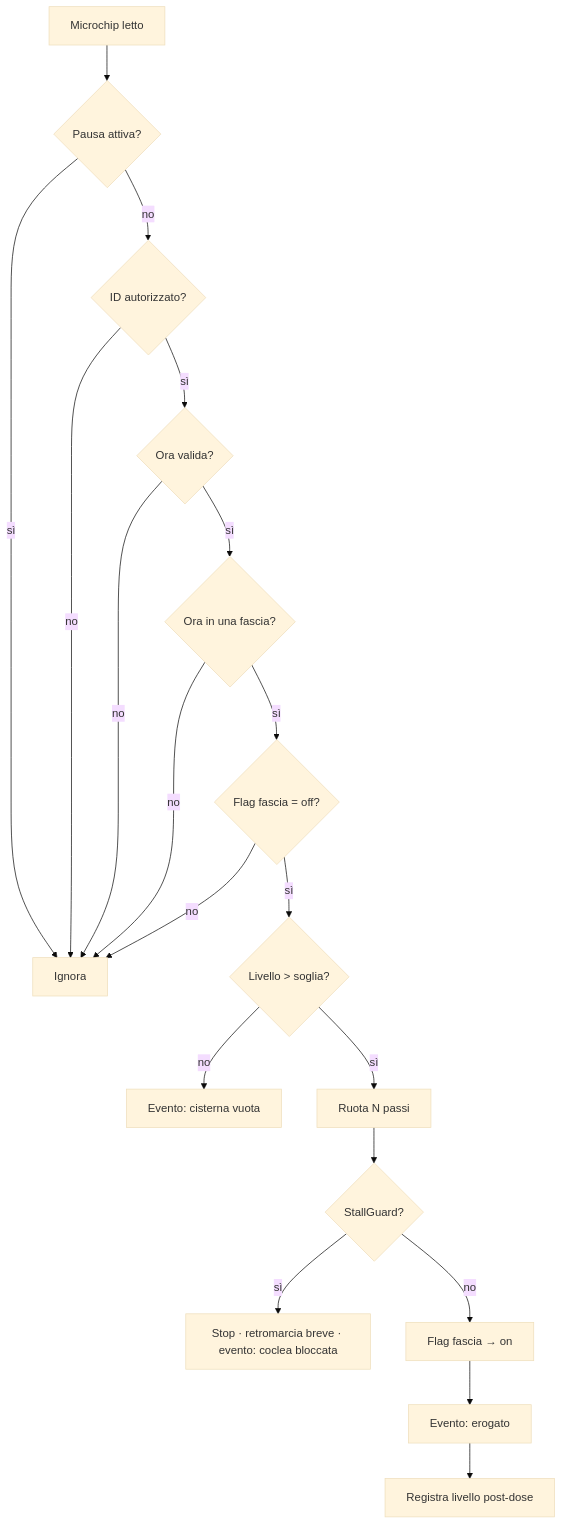
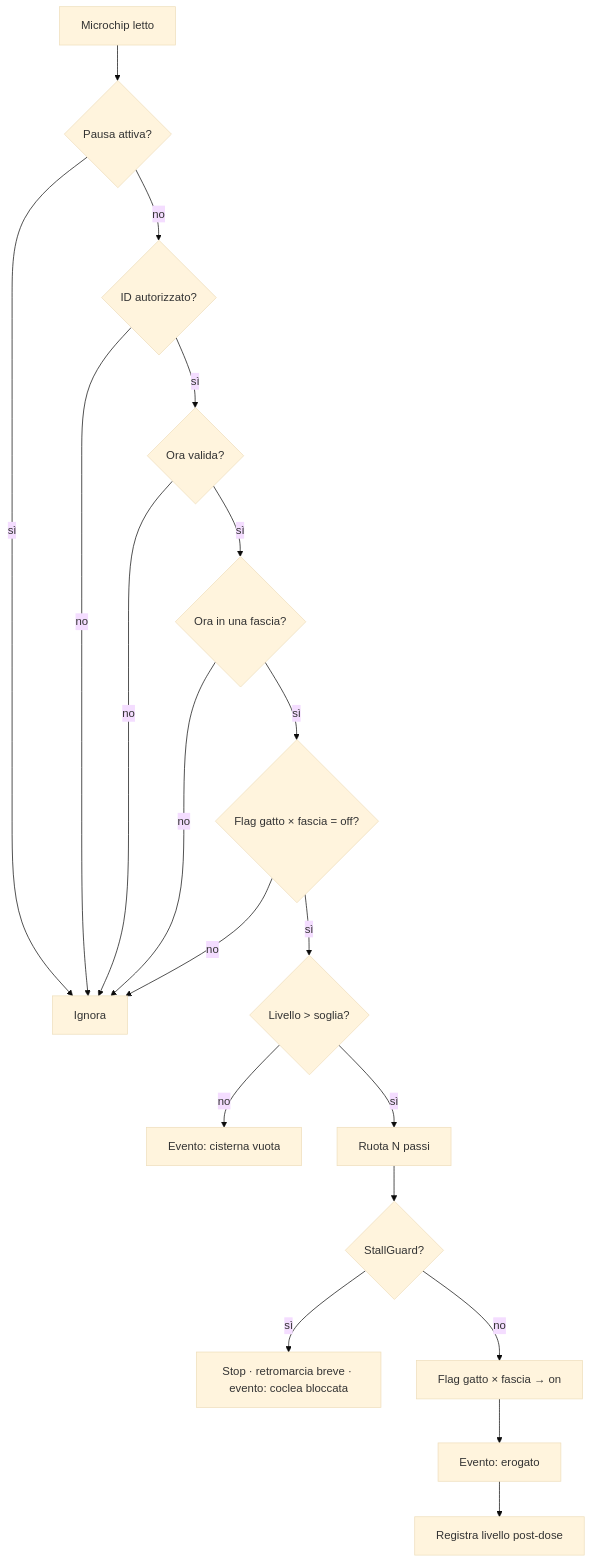
The third of 3 diagrams in docs/plan.md (The90Frank/cat-feeder), drawn with Mermaid (base theme) before and after one commit. The commit also changed other lines of this file and 2 other files, not shown here.

````diff
--- a/docs/plan.md
+++ b/docs/plan.md
@@ -103,21 +105,21 @@
 ```mermaid
 flowchart TD
     T["Microchip letto"] --> P{"Pausa attiva?"}
     P -- sì --> X["Ignora"]
     P -- no --> U{"ID autorizzato?"}
     U -- no --> X
     U -- sì --> C{"Ora valida?"}
     C -- no --> X
     C -- sì --> F{"Ora in una fascia?"}
     F -- no --> X
-    F -- sì --> S{"Flag fascia = off?"}
+    F -- sì --> S{"Flag gatto × fascia = off?"}
     S -- no --> X
     S -- sì --> L{"Livello > soglia?"}
     L -- no --> A["Evento: cisterna vuota"]
     L -- sì --> D["Ruota N passi"]
     D --> SG{"StallGuard?"}
     SG -- sì --> J["Stop · retromarcia breve · evento: coclea bloccata"]
-    SG -- no --> ON["Flag fascia → on"]
+    SG -- no --> ON["Flag gatto × fascia → on"]
     ON --> E["Evento: erogato"]
     E --> M["Registra livello post-dose"]
 ```
````
